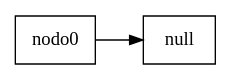
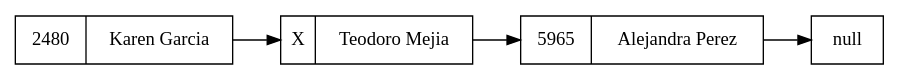
Before and after one commit to Ssolares0/EDD_VJ1S2023_PY_202004822: the diagram in FASE1/Reportes/cola.dot, drawn with Graphviz. The commit also changed 10 other files, not shown here.

```diff
--- a/FASE1/Reportes/cola.dot
+++ b/FASE1/Reportes/cola.dot
@@ -1,6 +1,11 @@
 digraph cola{
 rankdir=LR;
 node[shape = record];
 nodonull2[label="null"];
-nodo0->nodonull2;
+nodo0[label="{2480|Karen Garcia }"];
+nodo1[label="{X|Teodoro Mejia }"];
+nodo2[label="{5965|Alejandra Perez }"];
+nodo0->nodo1;
+nodo1->nodo2;
+nodo2->nodonull2;
 }
```
